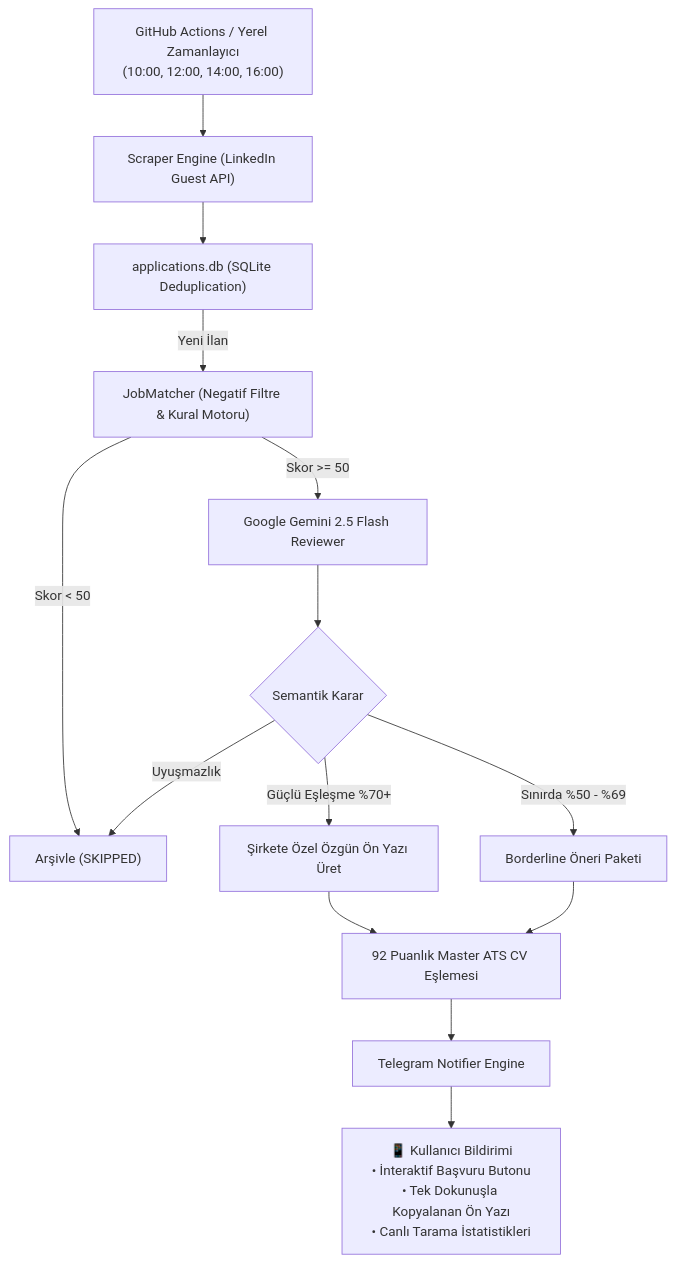
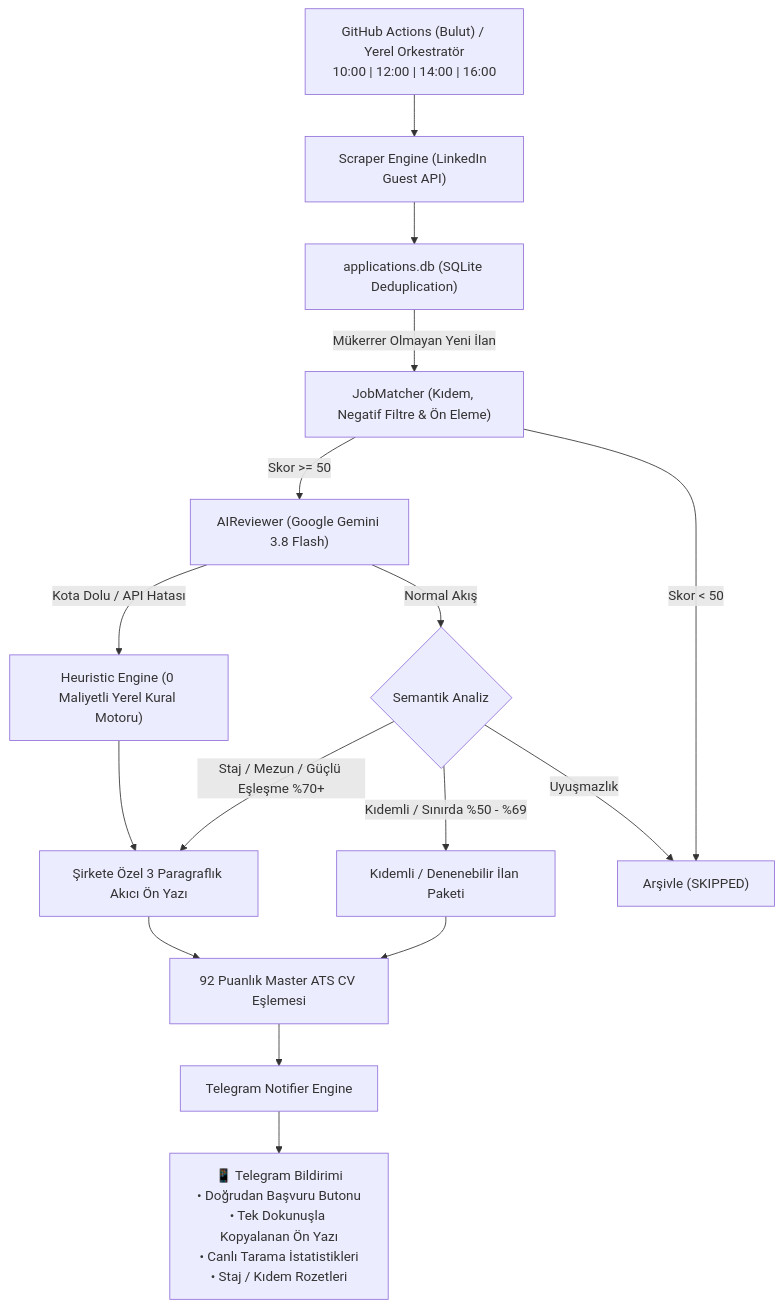
Before and after one commit to omergokdass/ai-career-copilot: the diagram in README.md, drawn with Mermaid. The commit also changed other lines of this file, not shown here.

Commit message:
docs: update README with Gemini 3.8 Flash, CoupleOS, circuit breaker, and 4-shift pipeline

````diff
--- a/README.md
+++ b/README.md
@@ -32,18 +39,21 @@
 ```mermaid
 flowchart TD
-    A["GitHub Actions / Yerel Zamanlayıcı<br>(10:00, 12:00, 14:00, 16:00)"] --> B["Scraper Engine (LinkedIn Guest API)"]
+    A["GitHub Actions (Bulut) / Yerel Orkestratör<br>10:00 | 12:00 | 14:00 | 16:00"] --> B["Scraper Engine (LinkedIn Guest API)"]
     B --> C["applications.db (SQLite Deduplication)"]
-    C -->|Yeni İlan| D["JobMatcher (Negatif Filtre & Kural Motoru)"]
-    D -->|Skor >= 50| E["Google Gemini 2.5 Flash Reviewer"]
+    C -->|Mükerrer Olmayan Yeni İlan| D["JobMatcher (Kıdem, Negatif Filtre & Ön Eleme)"]
+    D -->|Skor >= 50| E["AIReviewer (Google Gemini 3.8 Flash)"]
     D -->|Skor < 50| F["Arşivle (SKIPPED)"]
     
-    E --> G{Semantik Karar}
-    G -->|Güçlü Eşleşme %70+| H["Şirkete Özel Özgün Ön Yazı Üret"]
-    G -->|Sınırda %50 - %69| I["Borderline Öneri Paketi"]
-    G -->|Uyuşmazlık| F
+    E -->|Kota Dolu / API Hatası| G["Heuristic Engine (0 Maliyetli Yerel Kural Motoru)"]
+    E -->|Normal Akış| H{Semantik Analiz}
     
-    H --> J["92 Puanlık Master ATS CV Eşlemesi"]
-    I --> J
-    J --> K["Telegram Notifier Engine"]
-    K --> L["📱 Kullanıcı Bildirimi<br>• İnteraktif Başvuru Butonu<br>• Tek Dokunuşla Kopyalanan Ön Yazı<br>• Canlı Tarama İstatistikleri"]
+    H -->|Staj / Mezun / Güçlü Eşleşme %70+| I["Şirkete Özel 3 Paragraflık Akıcı Ön Yazı"]
+    H -->|Kıdemli / Sınırda %50 - %69| J["Kıdemli / Denenebilir İlan Paketi"]
+    H -->|Uyuşmazlık| F
+    G --> I
+    
+    I --> K["92 Puanlık Master ATS CV Eşlemesi"]
+    J --> K
+    K --> L["Telegram Notifier Engine"]
+    L --> M["📱 Telegram Bildirimi<br>• Doğrudan Başvuru Butonu<br>• Tek Dokunuşla Kopyalanan Ön Yazı<br>• Canlı Tarama İstatistikleri<br>• Staj / Kıdem Rozetleri"]
 ```
````
